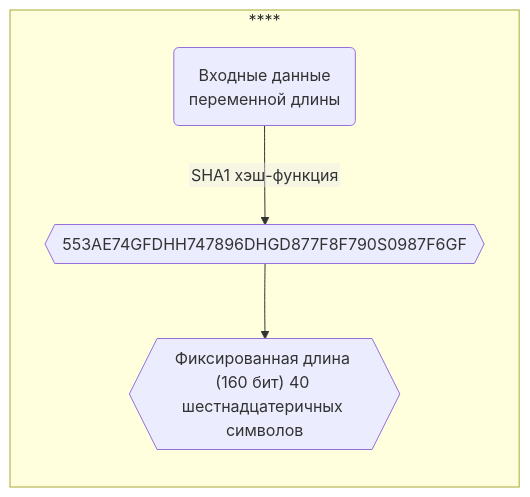
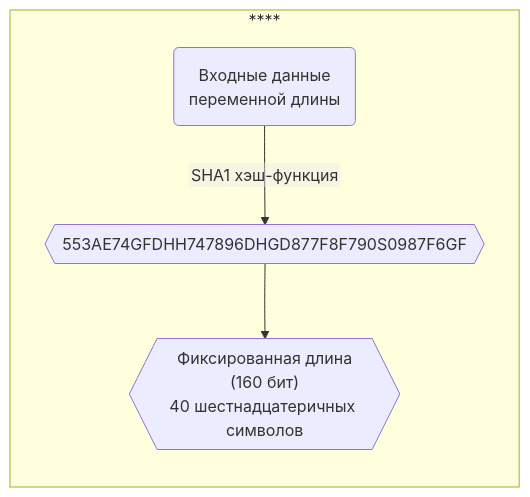
The fourth of 4 diagrams in Udemy/Git/README.md (zohidulla/training-skills), drawn with Mermaid before and after one commit.

Commit message:
SHA1 Hash

````diff
--- a/Udemy/Git/README.md
+++ b/Udemy/Git/README.md
@@ -108,8 +108,11 @@
 ```mermaid
 %%{init: {"flowchart": {"htmlLabels": false}} }%%
 flowchart LR
 subgraph "`****`"
   a("`Входные данные
-  переменной длины`") -- "`SHA1 хэш-функция`" --> b{{"`553AE74GFDHH747896DHGD877F8F790S0987F6GF`"}} --> c{{"`Фиксированная длина (160 бит) 40 шестнадцатеричных символов`"}}
+  переменной длины`") -- "`SHA1 хэш-функция`" --> b{{"`553AE74GFDHH747896DHGD877F8F790S0987F6GF`"}} -->
+  c{{"`Фиксированная длина
+  (160 бит)
+  40 шестнадцатеричных символов`"}}
 end
 ```
````
